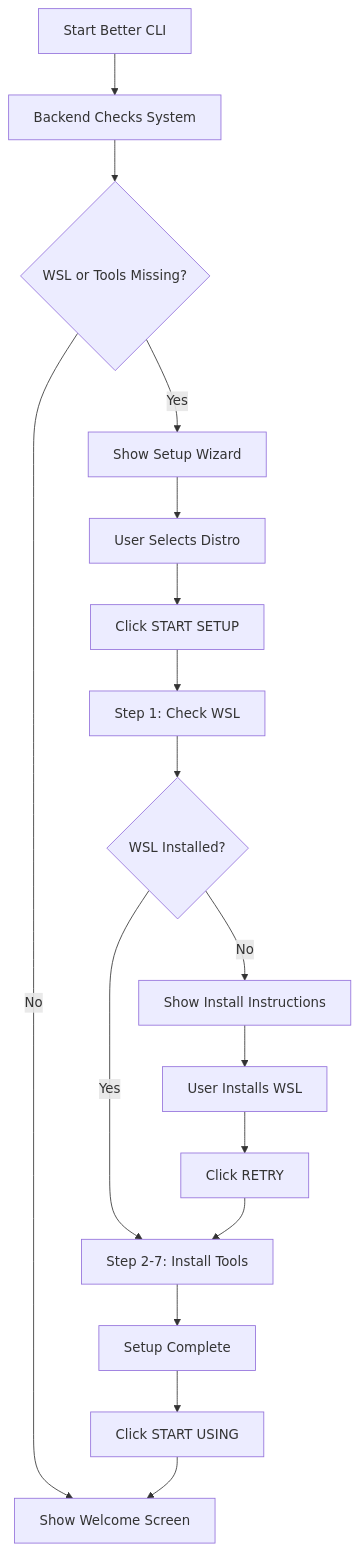
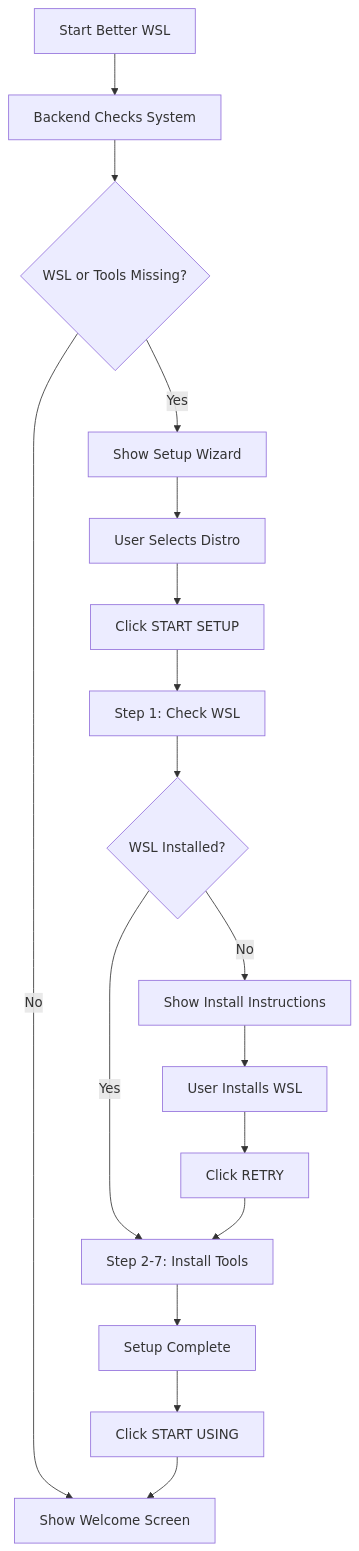
One commit to Zhihong0321/better-wsl changed the diagram in QUICK_START_SETUP.md. Above: the diagram before and after it, drawn with Mermaid. The commit also changed other lines of this file and 11 other files, not shown here.

First line of the commit message:
Rebrand: Better CLI -> Better WSL

````diff
--- a/QUICK_START_SETUP.md
+++ b/QUICK_START_SETUP.md
@@ -120,19 +120,19 @@
 ```mermaid
 graph TD
-    A[Start Better CLI] --> B[Backend Checks System]
+    A[Start Better WSL] --> B[Backend Checks System]
     B --> C{WSL or Tools Missing?}
     C -->|Yes| D[Show Setup Wizard]
     C -->|No| E[Show Welcome Screen]
     D --> F[User Selects Distro]
     F --> G[Click START SETUP]
     G --> H[Step 1: Check WSL]
     H --> I{WSL Installed?}
     I -->|No| J[Show Install Instructions]
     I -->|Yes| K[Step 2-7: Install Tools]
     J --> L[User Installs WSL]
     L --> M[Click RETRY]
     M --> K
     K --> N[Setup Complete]
     N --> O[Click START USING]
     O --> E
 ```
````
